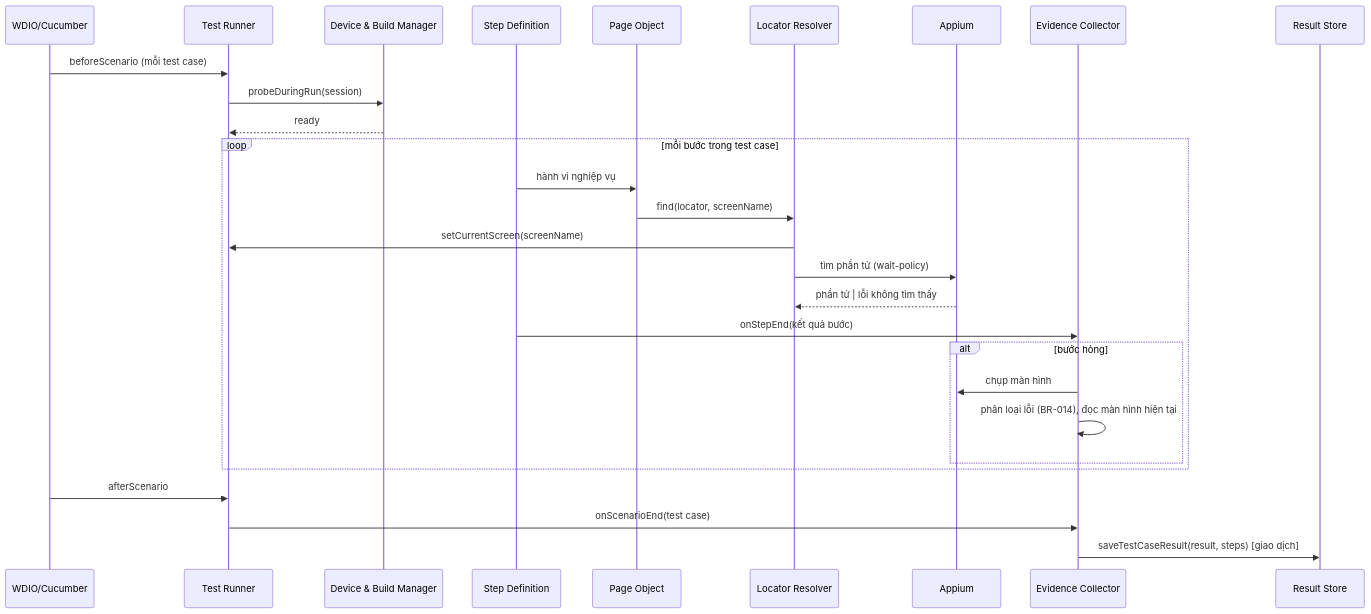
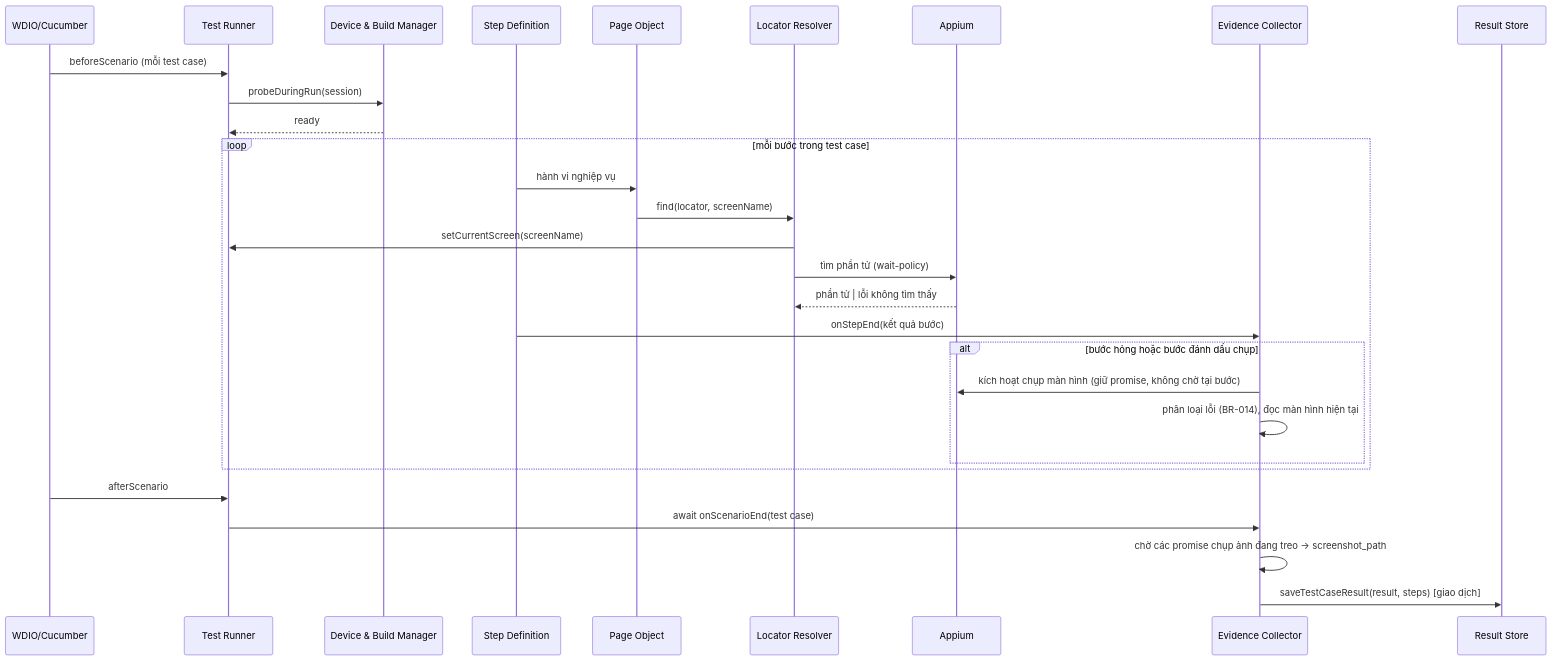
Before and after one commit to kytruongdev/aimtap: the second of 4 diagrams in docs/architecture/phase-1/sequence-diagrams.md, drawn with Mermaid. The commit also changed other lines of this file and 7 other files, not shown here.

````diff
--- a/docs/architecture/phase-1/sequence-diagrams.md
+++ b/docs/architecture/phase-1/sequence-diagrams.md
@@ -43,31 +43,32 @@
 ```mermaid
 sequenceDiagram
     participant WDIO as WDIO/Cucumber
     participant Runner as Test Runner
     participant Dev as Device & Build Manager
     participant Steps as Step Definition
     participant PO as Page Object
     participant Res as Locator Resolver
     participant Appium
     participant Ev as Evidence Collector
     participant Store as Result Store
 
     WDIO->>Runner: beforeScenario (mỗi test case)
     Runner->>Dev: probeDuringRun(session)
     Dev-->>Runner: ready
     loop mỗi bước trong test case
         Steps->>PO: hành vi nghiệp vụ
         PO->>Res: find(locator, screenName)
         Res->>Runner: setCurrentScreen(screenName)
         Res->>Appium: tìm phần tử (wait-policy)
         Appium-->>Res: phần tử | lỗi không tìm thấy
         Steps->>Ev: onStepEnd(kết quả bước)
-        alt bước hỏng
-            Ev->>Appium: chụp màn hình
+        alt bước hỏng hoặc bước đánh dấu chụp
+            Ev->>Appium: kích hoạt chụp màn hình (giữ promise, không chờ tại bước)
             Ev->>Ev: phân loại lỗi (BR-014), đọc màn hình hiện tại
         end
     end
     WDIO->>Runner: afterScenario
-    Runner->>Ev: onScenarioEnd(test case)
+    Runner->>Ev: await onScenarioEnd(test case)
+    Ev->>Ev: chờ các promise chụp ảnh đang treo → screenshot_path
     Ev->>Store: saveTestCaseResult(result, steps) [giao dịch]
 ```
````
